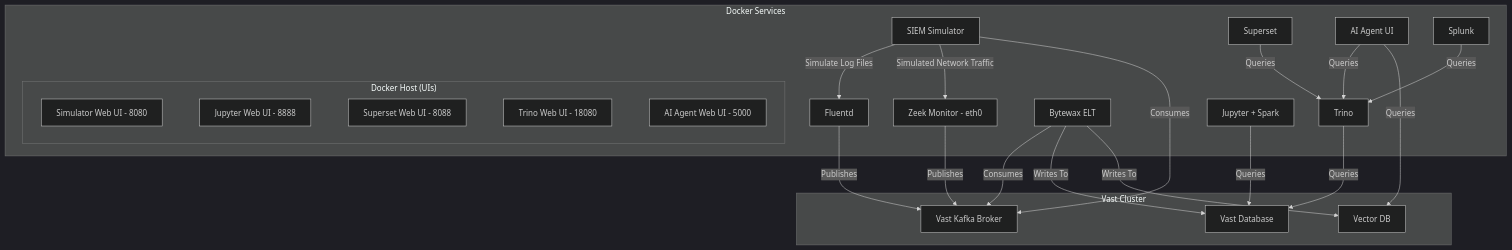
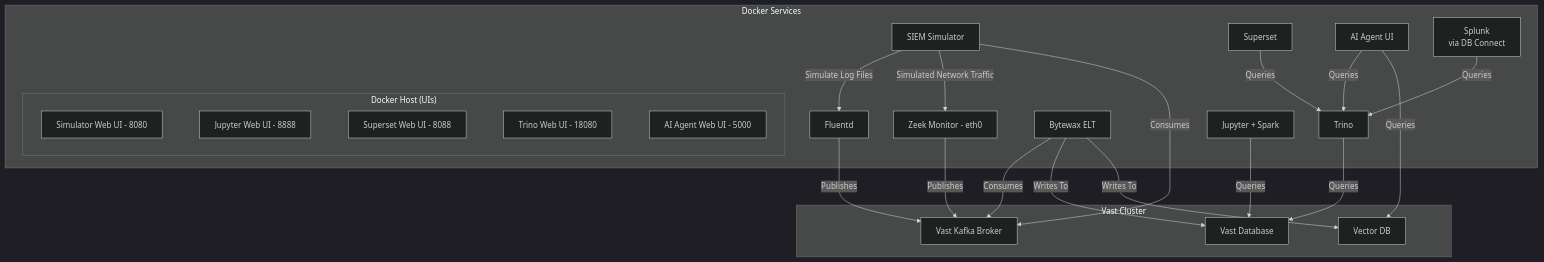
Before and after one commit to snowch/vastdata_siem_demo: the diagram in docs/DESIGN.md, drawn with Mermaid (dark theme).

````diff
--- a/docs/DESIGN.md
+++ b/docs/DESIGN.md
@@ -17,47 +17,47 @@
 ```mermaid
 graph TD
     subgraph "Docker Services"
         Z[Zeek Monitor - eth0]
         S[SIEM Simulator]
         F[Fluentd]
         J[Bytewax ELT]
         T[Trino]
         AS[Superset]
         B[Jupyter + Spark]
         AI[AI Agent UI]
-        SP[Splunk]
+        SP[Splunk<br/>via DB Connect]
 
         S -- Simulate Log Files --> F
         S -- Simulated Network Traffic --> Z
         AS -- Queries --> T
         AI -- Queries --> T
         SP -- Queries --> T
 
         subgraph "Docker Host (UIs)"
             SW[Simulator Web UI - 8080]
             JW[Jupyter Web UI - 8888]
             ASW[Superset Web UI - 8088]
             TW[Trino Web UI - 18080]
             AG[AI Agent Web UI - 5000]
 
             %% This is the new line that forces the vertical layout %%
             SW ~~~ JW ~~~ ASW ~~~ TW ~~~ AG
         end
     end
 
     subgraph "Vast Cluster"
         V[Vector DB]
         K[Vast Kafka Broker]
         VDB[Vast Database]
     end
 
     F -- Publishes --> K
     Z -- Publishes --> K
     J -- Consumes --> K
     S -- Consumes --> K
     J -- Writes To --> VDB
     J -- Writes To --> V
     T -- Queries --> VDB
     B -- Queries --> VDB
     AI -- Queries --> V
 ```
````
